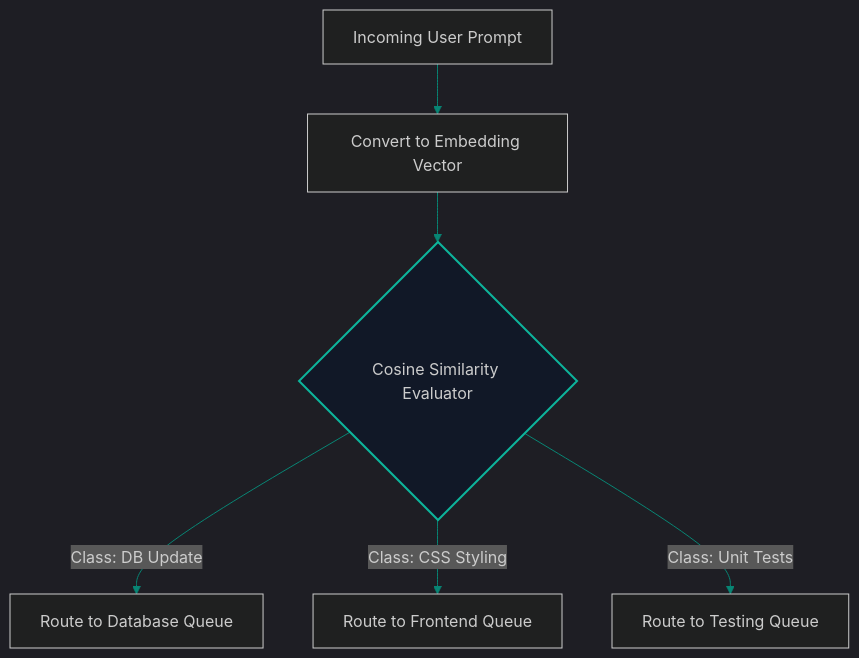
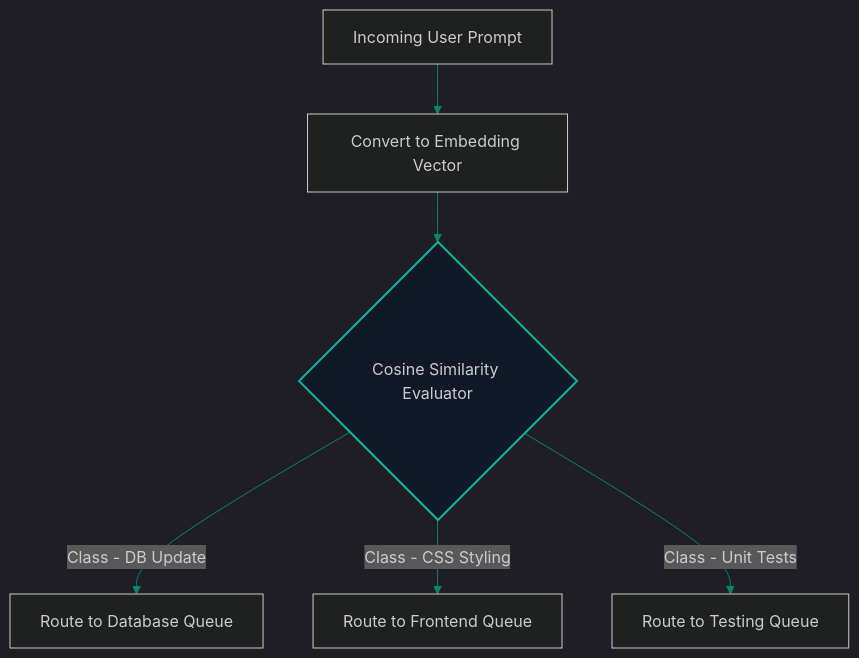
Before and after one commit to akmalkhaniub/akmalkhaniub.github.io: the diagram in blog/posts/routing-topology-dynamic-semantic-classifiers.md, drawn with Mermaid. The commit also changed 411 other files, not shown here.

````diff
--- a/blog/posts/routing-topology-dynamic-semantic-classifiers.md
+++ b/blog/posts/routing-topology-dynamic-semantic-classifiers.md
@@ -22,12 +22,12 @@
 ```mermaid
 %%{init: {'theme': 'dark', 'themeVariables': { 'primaryColor': '#088574', 'primaryTextColor': '#f3f4f6', 'primaryBorderColor': '#0db49b', 'lineColor': '#088574', 'secondaryColor': '#111827', 'tertiaryColor': '#0b0f19'}}}%%
 flowchart TD
     Prompt[Incoming User Prompt] --> Embed[Convert to Embedding Vector]
     Embed --> Cosine{Cosine Similarity Evaluator}
     
-    Cosine -->|Class: DB Update| DB[Route to Database Queue]
-    Cosine -->|Class: CSS Styling| FE[Route to Frontend Queue]
-    Cosine -->|Class: Unit Tests| Test[Route to Testing Queue]
+    Cosine -->|Class - DB Update| DB[Route to Database Queue]
+    Cosine -->|Class - CSS Styling| FE[Route to Frontend Queue]
+    Cosine -->|Class - Unit Tests| Test[Route to Testing Queue]
     
     style Cosine fill:#111827,stroke:#0db49b,stroke-width:2px
 ```
````
